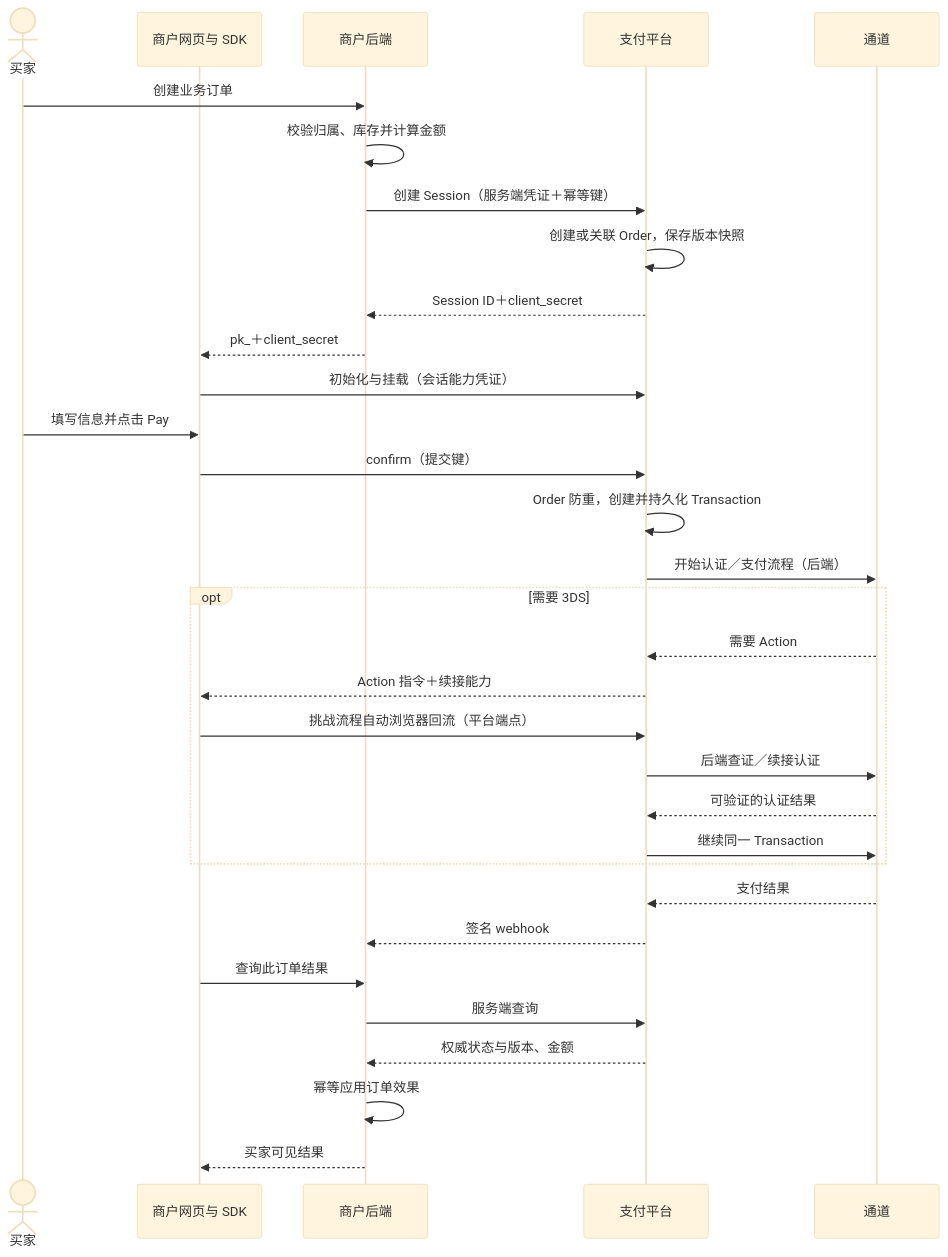
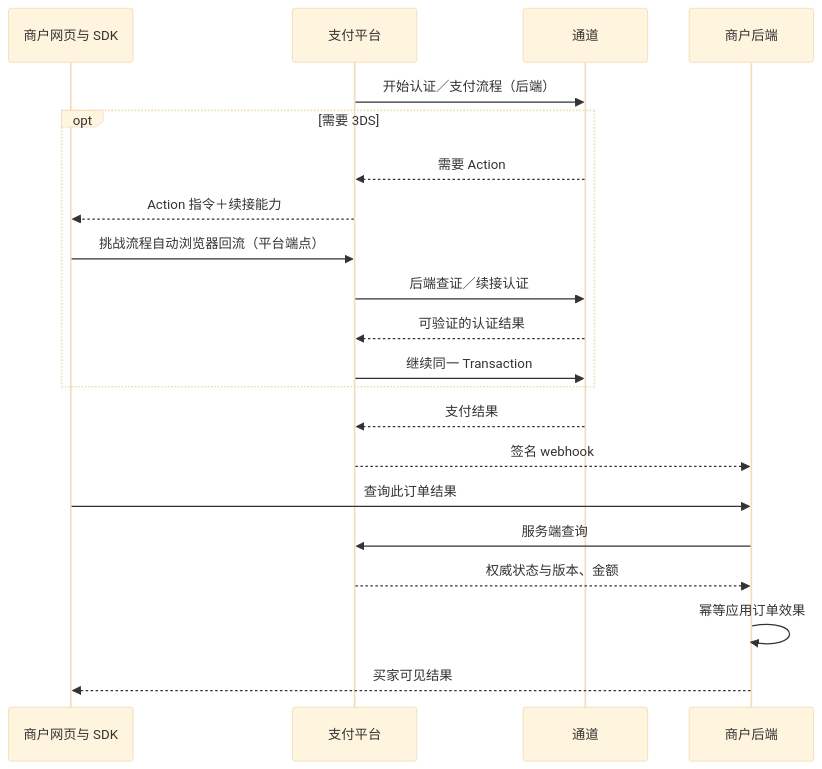
The third of 7 diagrams in docs/payment-element-auth-integration-design.md (1aboveio/wallet-architecture), drawn with Mermaid (base theme) before and after one commit. The commit also changed other lines of this file and 1 other file, not shown here.

````diff
--- a/docs/payment-element-auth-integration-design.md
+++ b/docs/payment-element-auth-integration-design.md
@@ -102,34 +126,23 @@
 ```mermaid
 sequenceDiagram
-    actor B as 买家
     participant W as 商户网页与 SDK
-    participant M as 商户后端
     participant P as 支付平台
     participant C as 通道
-    B->>M: 创建业务订单
-    M->>M: 校验归属、库存并计算金额
-    M->>P: 创建 Session（服务端凭证＋幂等键）
-    P->>P: 创建或关联 Order，保存版本快照
-    P-->>M: Session ID＋client_secret
-    M-->>W: pk_＋client_secret
-    W->>P: 初始化与挂载（会话能力凭证）
-    B->>W: 填写信息并点击 Pay
-    W->>P: confirm（提交键）
-    P->>P: Order 防重，创建并持久化 Transaction
+    participant M as 商户后端
     P->>C: 开始认证／支付流程（后端）
     opt 需要 3DS
         C-->>P: 需要 Action
         P-->>W: Action 指令＋续接能力
         W->>P: 挑战流程自动浏览器回流（平台端点）
         P->>C: 后端查证／续接认证
         C-->>P: 可验证的认证结果
         P->>C: 继续同一 Transaction
     end
     C-->>P: 支付结果
     P-->>M: 签名 webhook
     W->>M: 查询此订单结果
     M->>P: 服务端查询
     P-->>M: 权威状态与版本、金额
     M->>M: 幂等应用订单效果
     M-->>W: 买家可见结果
 ```
````
